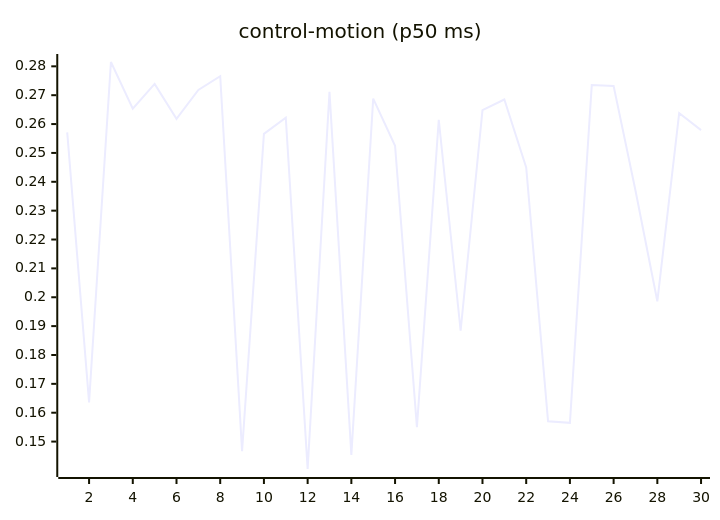
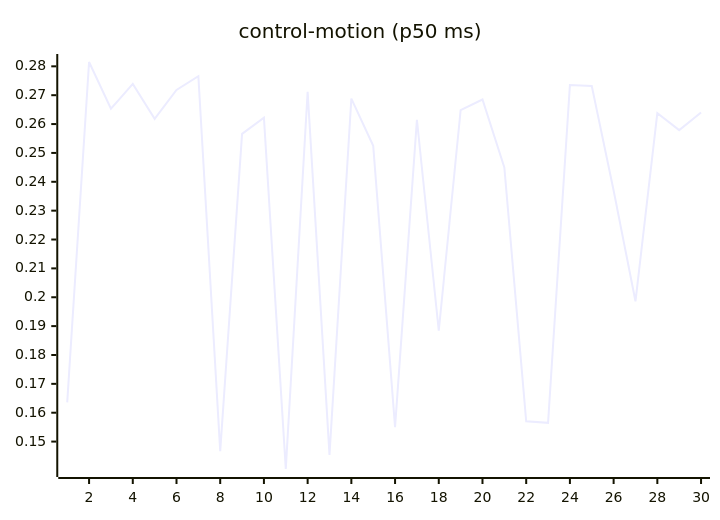
One commit to josha/Facet changed the seventh of 27 diagrams in README.md. Above: the diagram before and after it, drawn with Mermaid. The commit also changed other lines of this file and 2 other files, not shown here.

````diff
--- a/README.md
+++ b/README.md
@@ -105,6 +105,6 @@
 ```mermaid
 xychart-beta
     title "control-motion (p50 ms)"
     x-axis 1 --> 30
-    line [0.2571, 0.1636, 0.2815, 0.2653, 0.2739, 0.2618, 0.2718, 0.2766, 0.1467, 0.2566, 0.2622, 0.1405, 0.2712, 0.1454, 0.2688, 0.2525, 0.1550, 0.2615, 0.1884, 0.2648, 0.2685, 0.2450, 0.1570, 0.1565, 0.2735, 0.2732, 0.2370, 0.1986, 0.2638, 0.2579]
+    line [0.1636, 0.2815, 0.2653, 0.2739, 0.2618, 0.2718, 0.2766, 0.1467, 0.2566, 0.2622, 0.1405, 0.2712, 0.1454, 0.2688, 0.2525, 0.1550, 0.2615, 0.1884, 0.2648, 0.2685, 0.2450, 0.1570, 0.1565, 0.2735, 0.2732, 0.2370, 0.1986, 0.2638, 0.2579, 0.2640]
 ```
````
